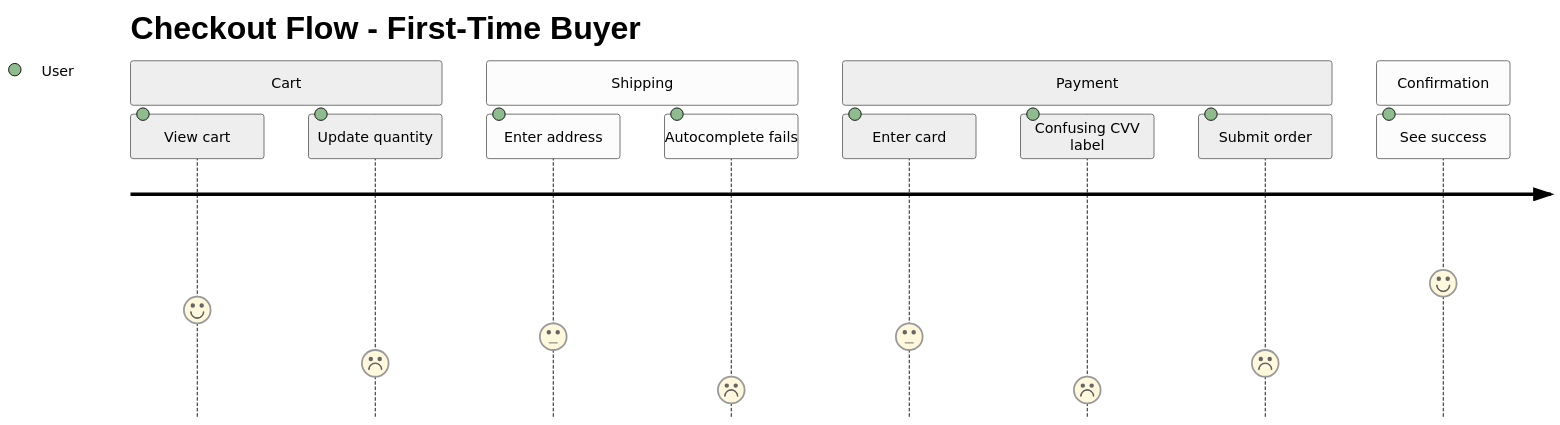
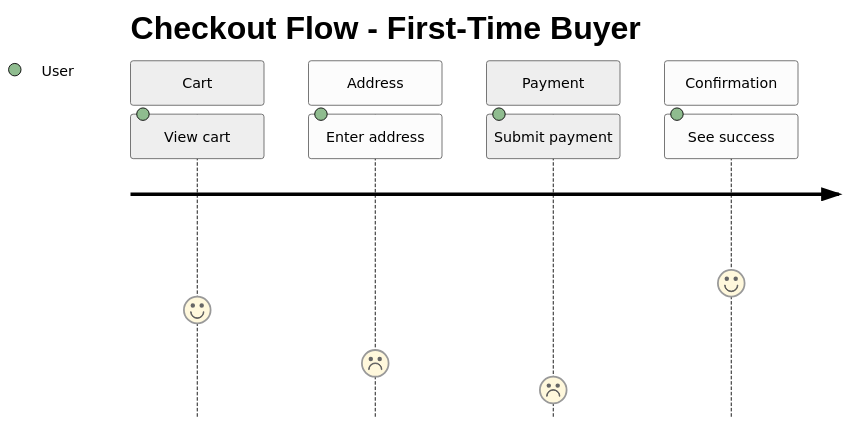
One commit to belinwu/simota-skills changed the first of 4 diagrams in canvas/references/echo-integration.md. Above: the diagram before and after it, drawn with Mermaid (neutral theme). The commit also changed other lines of this file and 13 other files, not shown here.

````diff
--- a/canvas/references/echo-integration.md
+++ b/canvas/references/echo-integration.md
@@ -128,16 +82,12 @@
 ```mermaid
 journey
     title Checkout Flow - First-Time Buyer
     section Cart
       View cart: 4: User
-      Update quantity: 2: User
-    section Shipping
-      Enter address: 3: User
-      Autocomplete fails: 1: User
+    section Address
+      Enter address: 2: User
     section Payment
-      Enter card: 3: User
-      Confusing CVV label: 1: User
-      Submit order: 2: User
+      Submit payment: 1: User
     section Confirmation
       See success: 5: User
 ```
````
